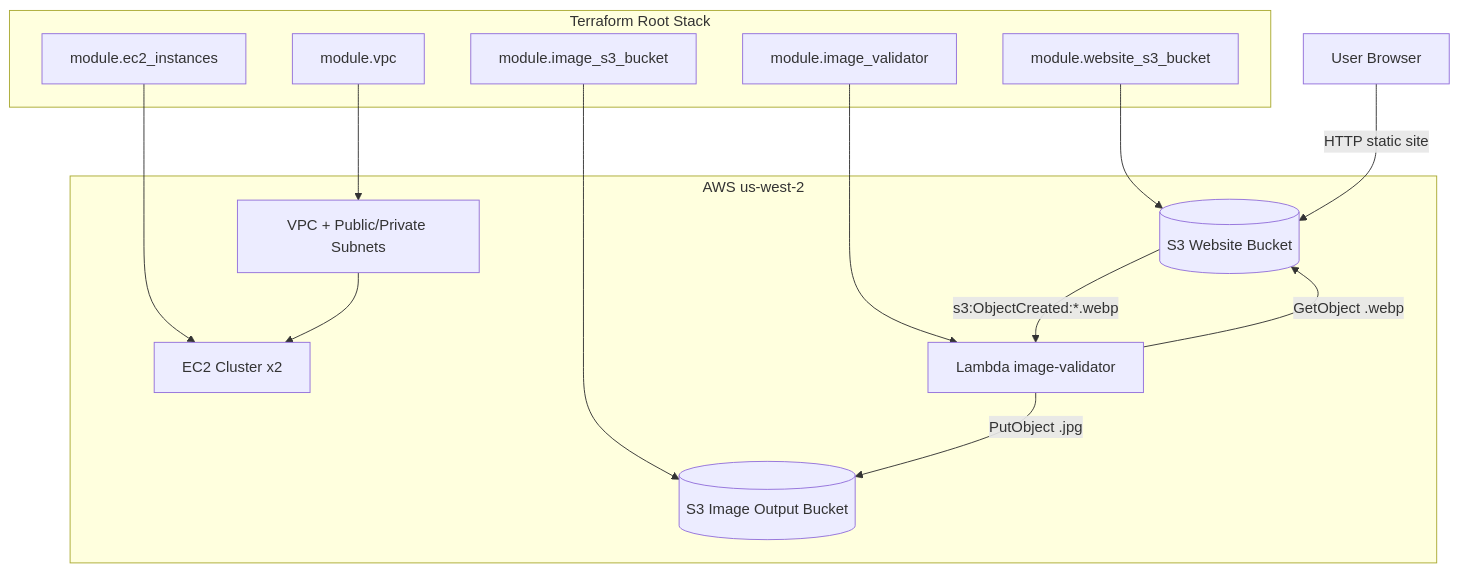
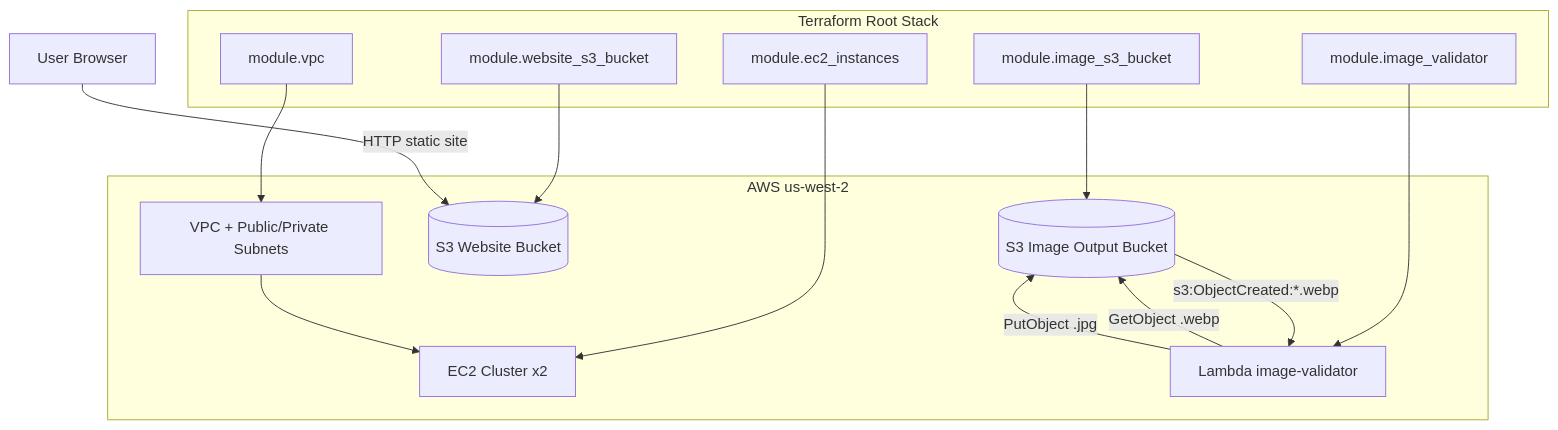
The diagram in README.md (gsinghg19/terraform-aws-s3-bucket), drawn with Mermaid before and after one commit. The commit also changed other lines of this file, not shown here.

````diff
--- a/README.md
+++ b/README.md
@@ -13,32 +13,32 @@
 ```mermaid
 flowchart TD
   U[User Browser]
 
   subgraph TF[Terraform Root Stack]
     VPCM[module.vpc]
     EC2M[module.ec2_instances]
     WEBM[module.website_s3_bucket]
     IMGM[module.image_s3_bucket]
     LAMM[module.image_validator]
   end
 
   subgraph AWS[AWS us-west-2]
     VPC[VPC + Public/Private Subnets]
     EC2[EC2 Cluster x2]
     WEB[(S3 Website Bucket)]
     IMG[(S3 Image Output Bucket)]
     LAM[Lambda image-validator]
   end
 
   VPCM --> VPC
   EC2M --> EC2
   WEBM --> WEB
   IMGM --> IMG
   LAMM --> LAM
 
   VPC --> EC2
   U -->|HTTP static site| WEB
-  WEB -->|s3:ObjectCreated:*.webp| LAM
-  LAM -->|GetObject .webp| WEB
+  IMG -->|s3:ObjectCreated:*.webp| LAM
+  LAM -->|GetObject .webp| IMG
   LAM -->|PutObject .jpg| IMG
 ```
````
